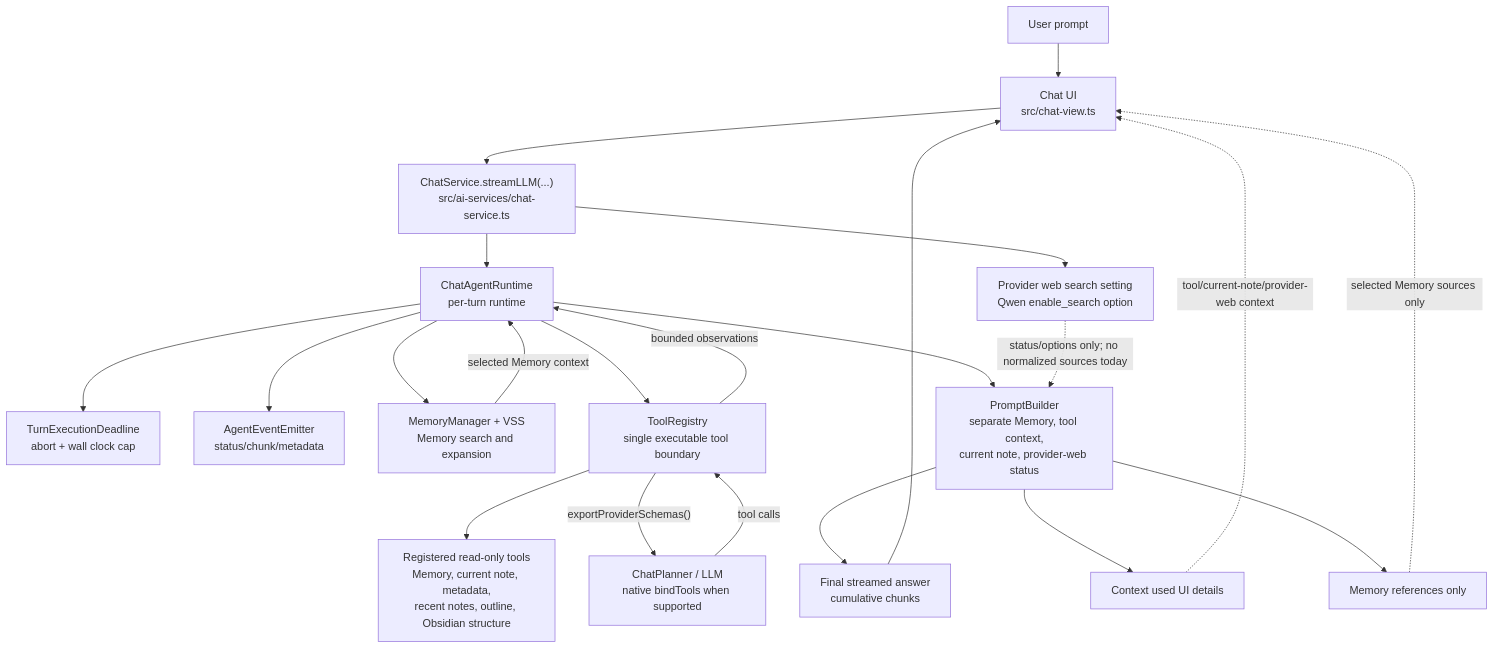
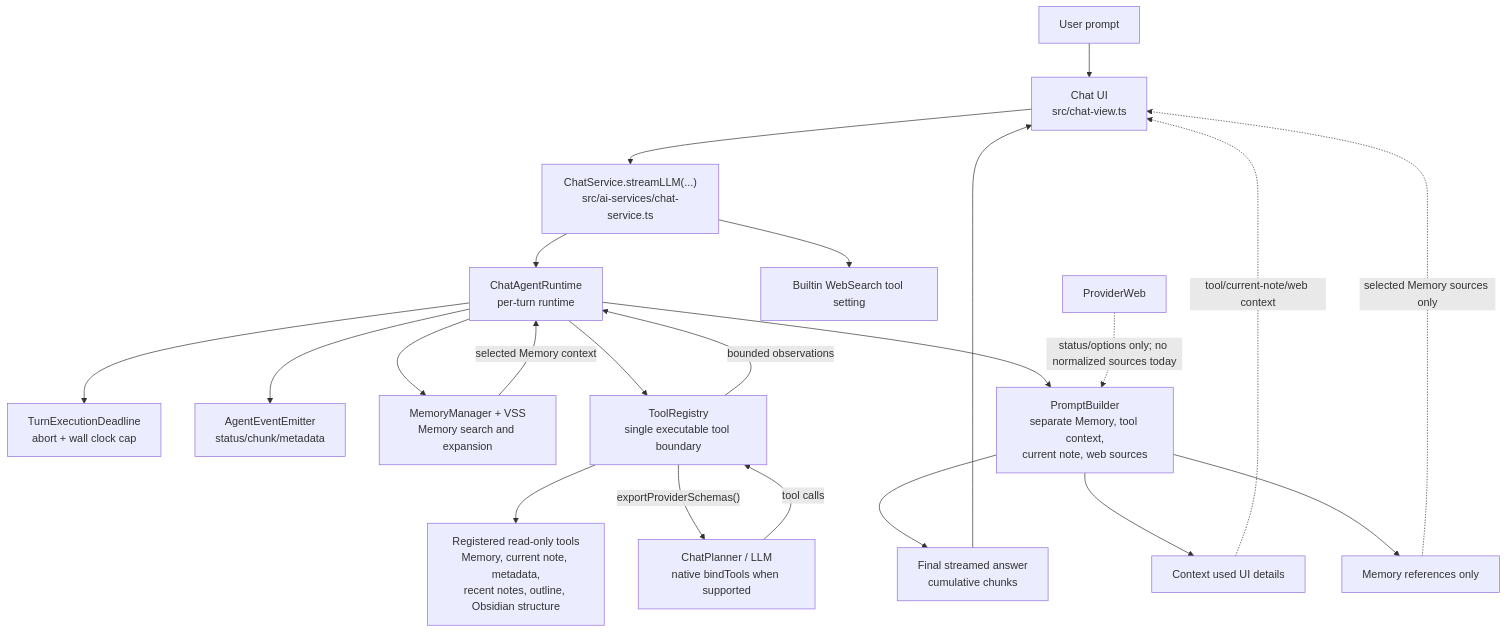
Before and after one commit to edonyzpc/personal-assistant: the first of 5 diagrams in docs/pa-agent-architecture-comparison.md, drawn with Mermaid. The commit also changed other lines of this file and 11 other files, not shown here.

Commit message:
docs(pa-agent): record architecture and lifecycle closeout

````diff
--- a/docs/pa-agent-architecture-comparison.md
+++ b/docs/pa-agent-architecture-comparison.md
@@ -13,38 +13,38 @@
 ```mermaid
 flowchart TD
   User["User prompt"]
   ChatView["Chat UI<br/>src/chat-view.ts"]
   ChatService["ChatService.streamLLM(...)<br/>src/ai-services/chat-service.ts"]
   Runtime["ChatAgentRuntime<br/>per-turn runtime"]
   Deadline["TurnExecutionDeadline<br/>abort + wall clock cap"]
   Events["AgentEventEmitter<br/>status/chunk/metadata"]
   Planner["ChatPlanner / LLM<br/>native bindTools when supported"]
   Memory["MemoryManager + VSS<br/>Memory search and expansion"]
   Registry["ToolRegistry<br/>single executable tool boundary"]
   CoreTools["Registered read-only tools<br/>Memory, current note, metadata,<br/>recent notes, outline, Obsidian structure"]
-  PromptBuilder["PromptBuilder<br/>separate Memory, tool context,<br/>current note, provider-web status"]
-  ProviderWeb["Provider web search setting<br/>Qwen enable_search option"]
+  PromptBuilder["PromptBuilder<br/>separate Memory, tool context,<br/>current note, web sources"]
+  WebSearchSetting["Builtin WebSearch tool setting"]
   FinalAnswer["Final streamed answer<br/>cumulative chunks"]
   ContextUsed["Context used UI details"]
   MemoryRefs["Memory references only"]
 
   User --> ChatView --> ChatService --> Runtime
-  ChatService --> ProviderWeb
+  ChatService --> WebSearchSetting
   Runtime --> Deadline
   Runtime --> Events
   Runtime --> Memory
   Runtime --> Registry
   Registry --> CoreTools
   Registry -->|"exportProviderSchemas()"| Planner
   Planner -->|"tool calls"| Registry
   Registry -->|"bounded observations"| Runtime
   Memory -->|"selected Memory context"| Runtime
   Runtime --> PromptBuilder
   ProviderWeb -. "status/options only; no normalized sources today" .-> PromptBuilder
   PromptBuilder --> FinalAnswer
   FinalAnswer --> ChatView
   PromptBuilder --> ContextUsed
   PromptBuilder --> MemoryRefs
-  ContextUsed -. "tool/current-note/provider-web context" .-> ChatView
+  ContextUsed -. "tool/current-note/web context" .-> ChatView
   MemoryRefs -. "selected Memory sources only" .-> ChatView
 ```
````
